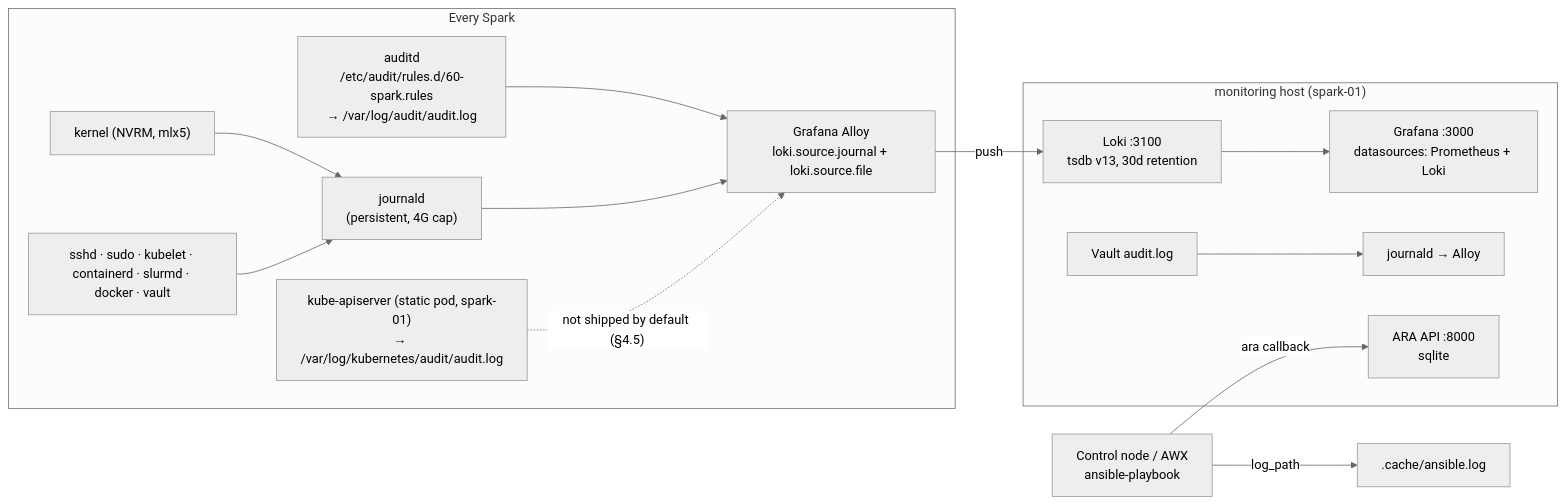
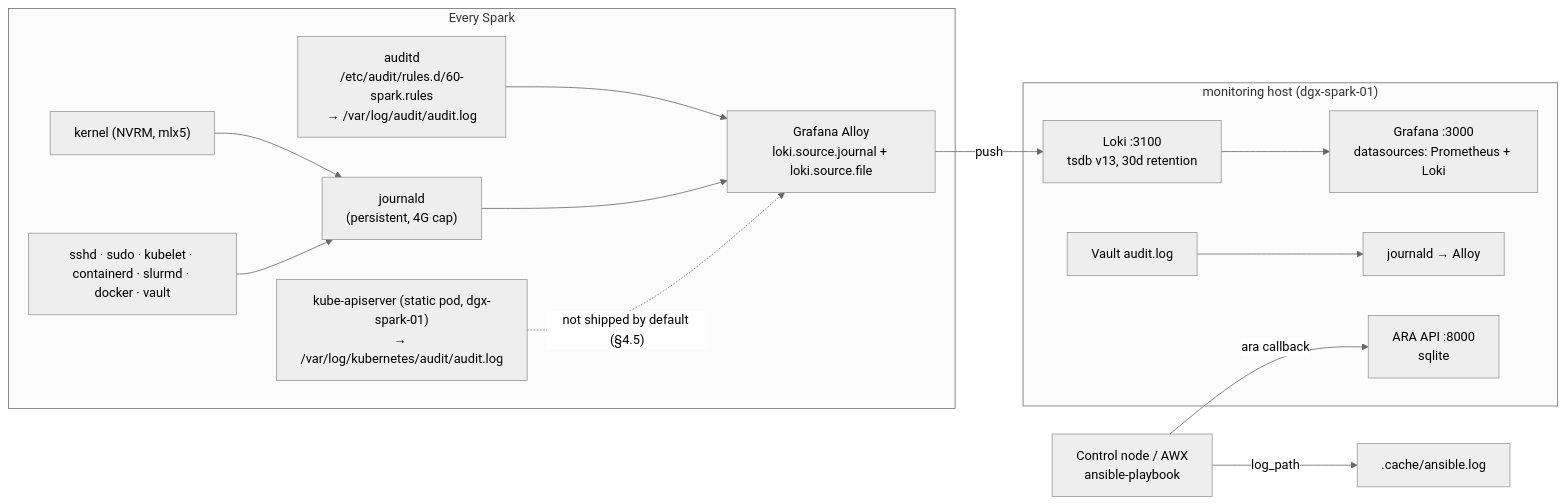
One commit to cloudone365/technical-depth changed the diagram in 01 Ansible/23-high-cardinality-logging-and-audit-compliance.md. Above: the diagram before and after it, drawn with Mermaid (neutral theme). The commit also changed other lines of this file and 88 other files, not shown here.

First line of the commit message:
Rename the Spark hosts to dgx-spark-01 / dgx-spark-02

````diff
--- a/01 Ansible/23-high-cardinality-logging-and-audit-compliance.md
+++ b/01 Ansible/23-high-cardinality-logging-and-audit-compliance.md
@@ -28,20 +28,20 @@
 ```mermaid
 flowchart LR
   subgraph NODES["Every Spark"]
     AU["auditd<br/>/etc/audit/rules.d/60-spark.rules<br/>→ /var/log/audit/audit.log"] --> AL
     K["kernel (NVRM, mlx5)"] --> J
     SVC["sshd · sudo · kubelet · containerd · slurmd · docker · vault"] --> J
-    KA["kube-apiserver (static pod, spark-01)<br/>→ /var/log/kubernetes/audit/audit.log"] -.->|"not shipped by default (§4.5)"| AL
+    KA["kube-apiserver (static pod, dgx-spark-01)<br/>→ /var/log/kubernetes/audit/audit.log"] -.->|"not shipped by default (§4.5)"| AL
     J["journald<br/>(persistent, 4G cap)"] --> AL["Grafana Alloy<br/>loki.source.journal + loki.source.file"]
   end
-  subgraph MON["monitoring host (spark-01)"]
+  subgraph MON["monitoring host (dgx-spark-01)"]
     LOKI["Loki :3100<br/>tsdb v13, 30d retention"]
     ARA["ARA API :8000<br/>sqlite"]
     GRAF["Grafana :3000<br/>datasources: Prometheus + Loki"]
     VA["Vault audit.log"] --> J2["journald → Alloy"]
   end
   AL -->|push| LOKI
   CN["Control node / AWX<br/>ansible-playbook"] -->|"ara callback"| ARA
   CN -->|"log_path"| LOG[".cache/ansible.log"]
   LOKI --> GRAF
 ```
````
